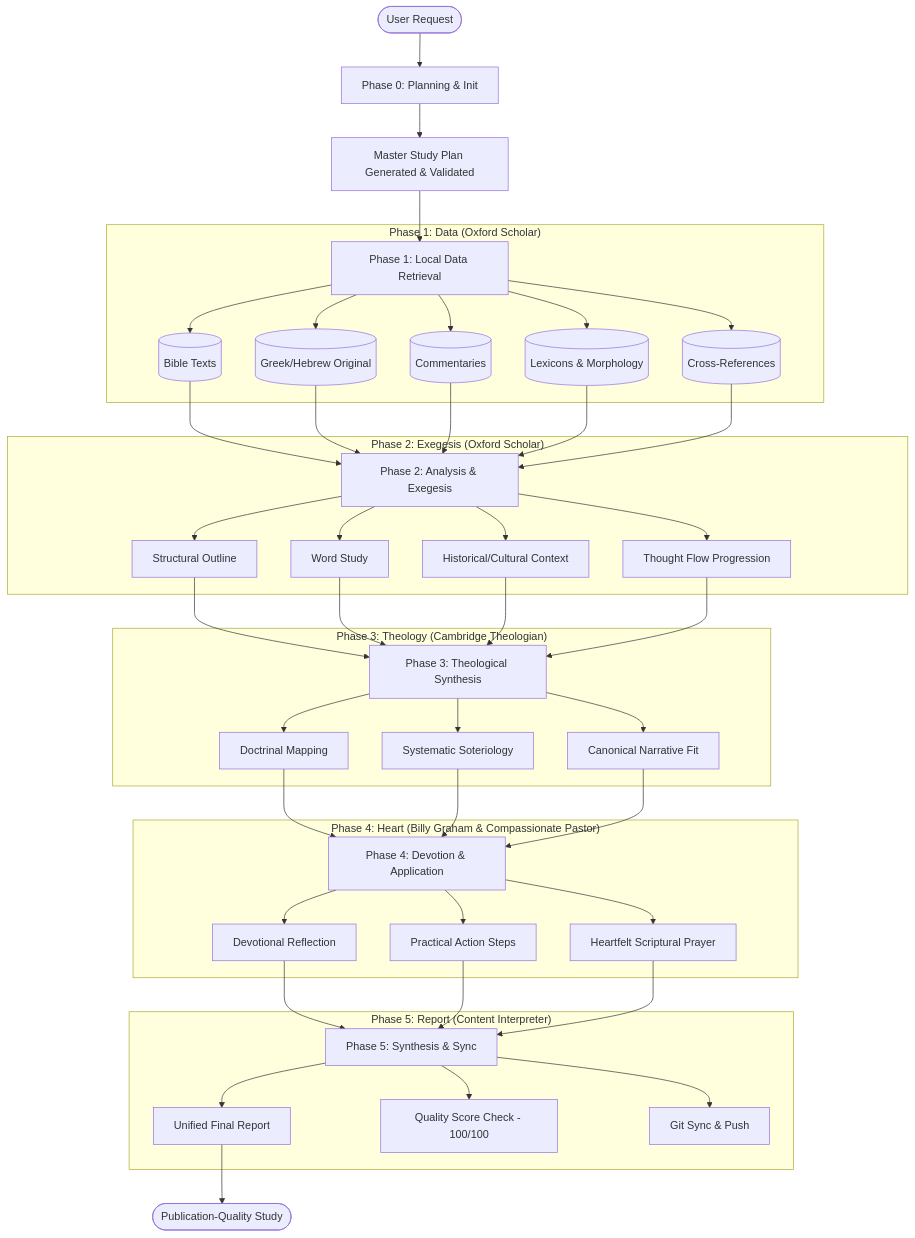
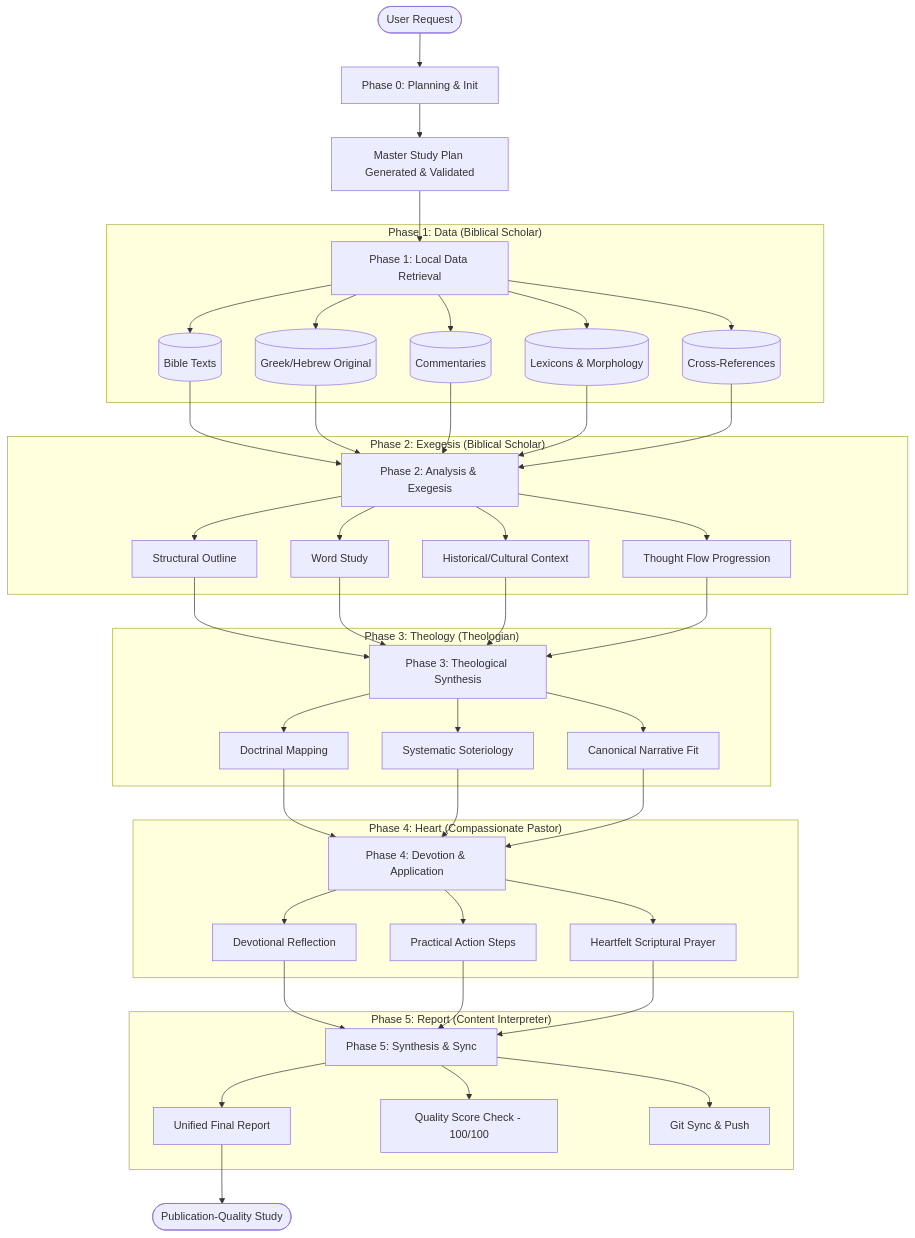
Before and after one commit to eliranwong/antigravity-biblemate-workspace: the diagram in README.md, drawn with Mermaid. The commit also changed other lines of this file and 3 other files, not shown here.

````diff
--- a/README.md
+++ b/README.md
@@ -29,45 +29,45 @@
 ```mermaid
 graph TD
     User([User Request]) --> Phase0[Phase 0: Planning & Init]
     Phase0 --> Plan[Master Study Plan Generated & Validated]
     
     Plan --> Phase1[Phase 1: Local Data Retrieval]
-    subgraph Phase1_Sub ["Phase 1: Data (Oxford Scholar)"]
+    subgraph Phase1_Sub ["Phase 1: Data (Biblical Scholar)"]
         Phase1 --> Db1[(Bible Texts)]
         Phase1 --> Db2[(Greek/Hebrew Original)]
         Phase1 --> Db3[(Commentaries)]
         Phase1 --> Db4[(Lexicons & Morphology)]
         Phase1 --> Db5[(Cross-References)]
     end
     
     Db1 & Db2 & Db3 & Db4 & Db5 --> Phase2[Phase 2: Analysis & Exegesis]
-    subgraph Phase2_Sub ["Phase 2: Exegesis (Oxford Scholar)"]
+    subgraph Phase2_Sub ["Phase 2: Exegesis (Biblical Scholar)"]
         Phase2 --> Outline[Structural Outline]
         Phase2 --> Keywords[Word Study]
         Phase2 --> Context[Historical/Cultural Context]
         Phase2 --> Flow[Thought Flow Progression]
     end
     
     Outline & Keywords & Context & Flow --> Phase3[Phase 3: Theological Synthesis]
-    subgraph Phase3_Sub ["Phase 3: Theology (Cambridge Theologian)"]
+    subgraph Phase3_Sub ["Phase 3: Theology (Theologian)"]
         Phase3 --> Themes[Doctrinal Mapping]
         Phase3 --> Systematic[Systematic Soteriology]
         Phase3 --> Canon[Canonical Narrative Fit]
     end
     
     Themes & Systematic & Canon --> Phase4[Phase 4: Devotion & Application]
-    subgraph Phase4_Sub ["Phase 4: Heart (Billy Graham & Compassionate Pastor)"]
+    subgraph Phase4_Sub ["Phase 4: Heart (Compassionate Pastor)"]
         Phase4 --> Devotion[Devotional Reflection]
         Phase4 --> Application[Practical Action Steps]
         Phase4 --> Prayer[Heartfelt Scriptural Prayer]
     end
     
     Devotion & Application & Prayer --> Phase5[Phase 5: Synthesis & Sync]
     subgraph Phase5_Sub ["Phase 5: Report (Content Interpreter)"]
         Phase5 --> FinalReport[Unified Final Report]
         Phase5 --> QualScore[Quality Score Check - 100/100]
         Phase5 --> GitSync[Git Sync & Push]
     end
     
     FinalReport --> FinalUser([Publication-Quality Study])
 ```
````
